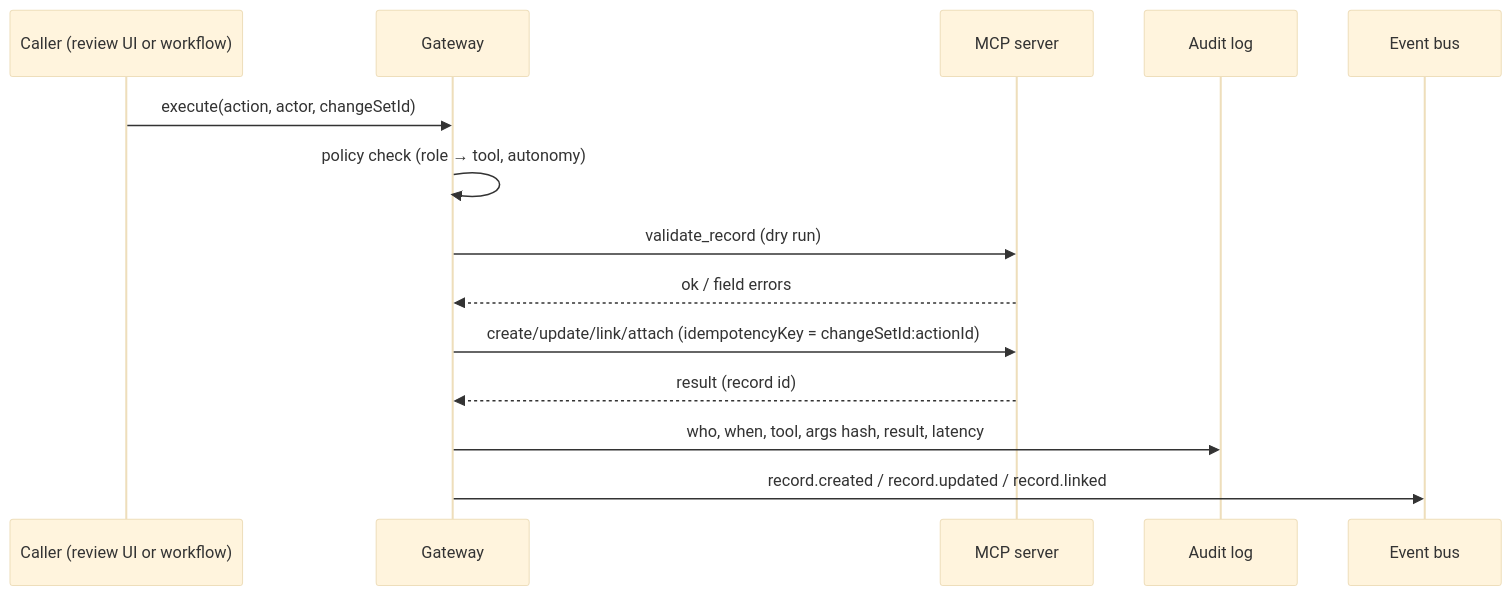
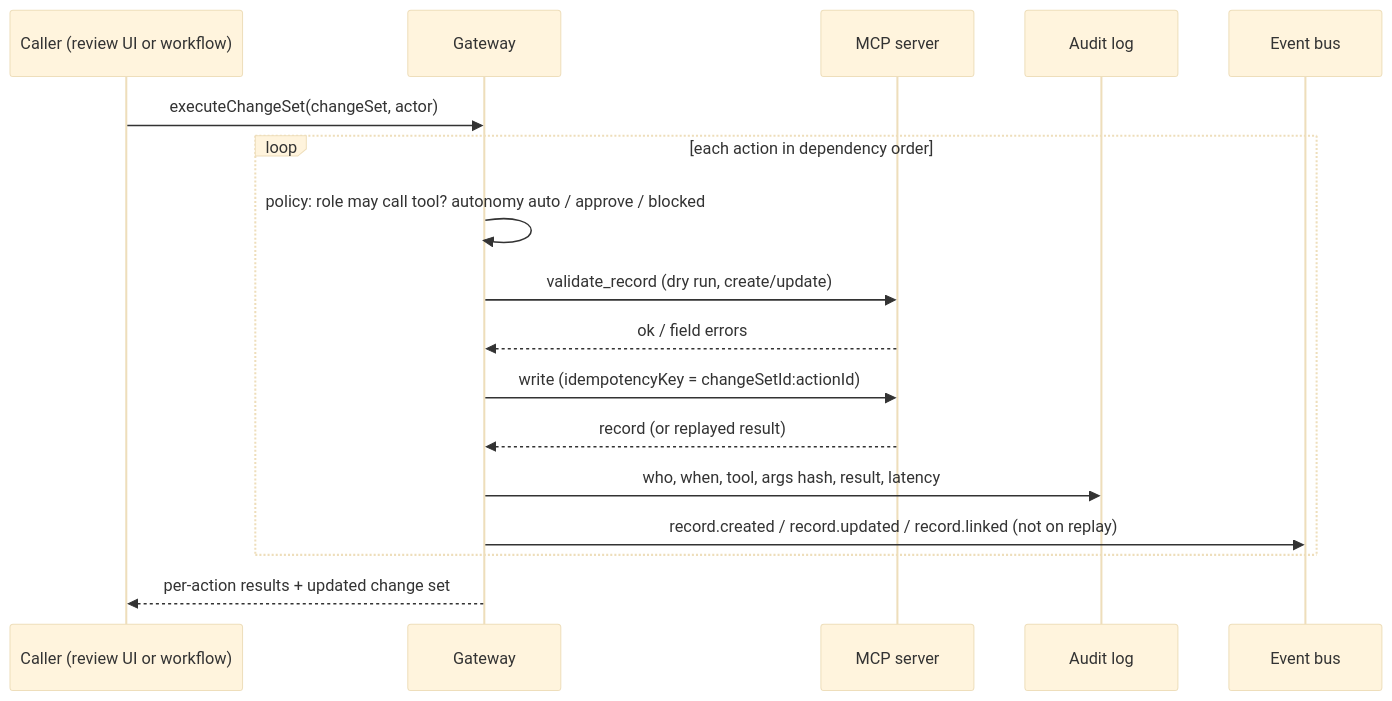
One commit to saminavaneeth/debrief changed the fourth of 6 diagrams in docs/ARCHITECTURE.md. Above: the diagram before and after it, drawn with Mermaid (base theme). The commit also changed other lines of this file and 67 other files, not shown here.

````diff
--- a/docs/ARCHITECTURE.md
+++ b/docs/ARCHITECTURE.md
@@ -194,17 +233,20 @@
 ```mermaid
 sequenceDiagram
   participant C as Caller (review UI or workflow)
   participant G as Gateway
   participant S as MCP server
   participant L as Audit log
   participant B as Event bus
 
-  C->>G: execute(action, actor, changeSetId)
-  G->>G: policy check (role → tool, autonomy)
-  G->>S: validate_record (dry run)
-  S-->>G: ok / field errors
-  G->>S: create/update/link/attach (idempotencyKey = changeSetId:actionId)
-  S-->>G: result (record id)
-  G->>L: who, when, tool, args hash, result, latency
-  G->>B: record.created / record.updated / record.linked
+  C->>G: executeChangeSet(changeSet, actor)
+  loop each action in dependency order
+    G->>G: policy: role may call tool? autonomy auto / approve / blocked
+    G->>S: validate_record (dry run, create/update)
+    S-->>G: ok / field errors
+    G->>S: write (idempotencyKey = changeSetId:actionId)
+    S-->>G: record (or replayed result)
+    G->>L: who, when, tool, args hash, result, latency
+    G->>B: record.created / record.updated / record.linked (not on replay)
+  end
+  G-->>C: per-action results + updated change set
 ```
````
